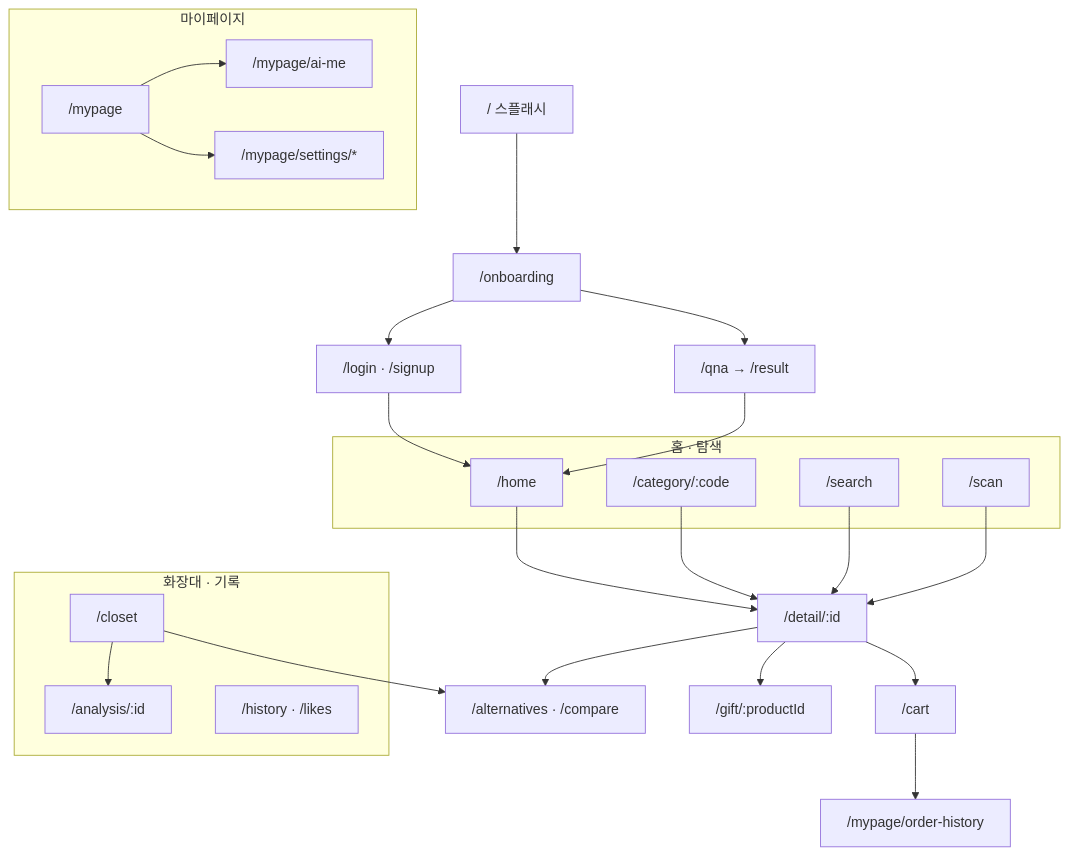
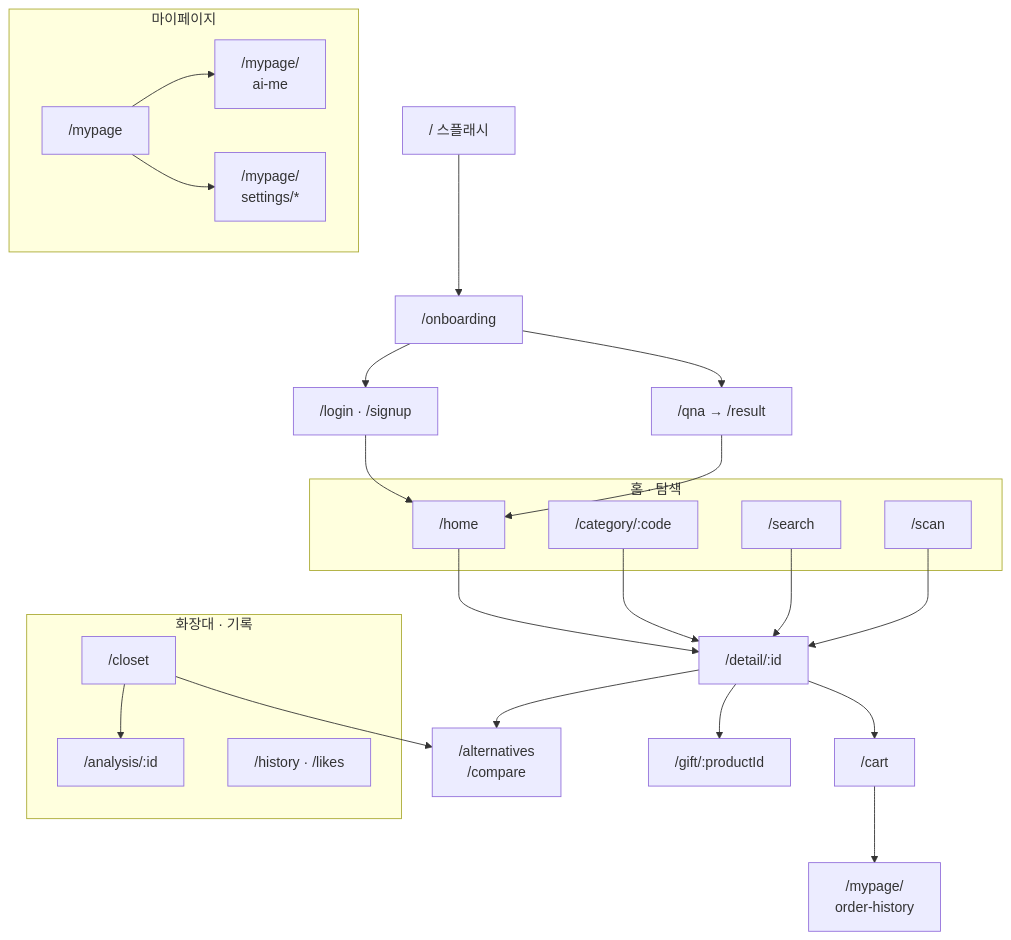
The seventh of 9 diagrams in docs/architecture/diagrams.md (EunSeong-Jo/capstone), drawn with Mermaid before and after one commit. The commit also changed other lines of this file and 1 other file, not shown here.

````diff
--- a/docs/architecture/diagrams.md
+++ b/docs/architecture/diagrams.md
@@ -238,30 +240,30 @@
 ```mermaid
 flowchart TD
     ROOT["/ 스플래시"] --> ONB["/onboarding"]
     ONB --> LOGIN["/login · /signup"]
     ONB --> QNA["/qna → /result"]
     LOGIN & QNA --> HOME
 
     subgraph HOMEG["홈 · 탐색"]
         HOME["/home"]
         CAT["/category/:code"]
         SEARCH["/search"]
         SCAN["/scan"]
     end
 
     HOME & CAT & SEARCH & SCAN --> DETAIL["/detail/:id"]
-    DETAIL --> ALT["/alternatives · /compare"]
-    DETAIL --> CART["/cart"] --> ORDER["/mypage/order-history"]
+    DETAIL --> ALT["/alternatives<br/>/compare"]
+    DETAIL --> CART["/cart"] --> ORDER["/mypage/<br/>order-history"]
     DETAIL --> GIFT["/gift/:productId"]
 
     subgraph CLOSETG["화장대 · 기록"]
         CLOSET["/closet"] --> ANAL["/analysis/:id"]
         HIST["/history · /likes"]
     end
     CLOSET --> ALT
 
     subgraph MY["마이페이지"]
-        MYP["/mypage"] --> AIME["/mypage/ai-me"]
-        MYP --> SET["/mypage/settings/*"]
+        MYP["/mypage"] --> AIME["/mypage/<br/>ai-me"]
+        MYP --> SET["/mypage/<br/>settings/*"]
     end
 ```
````
